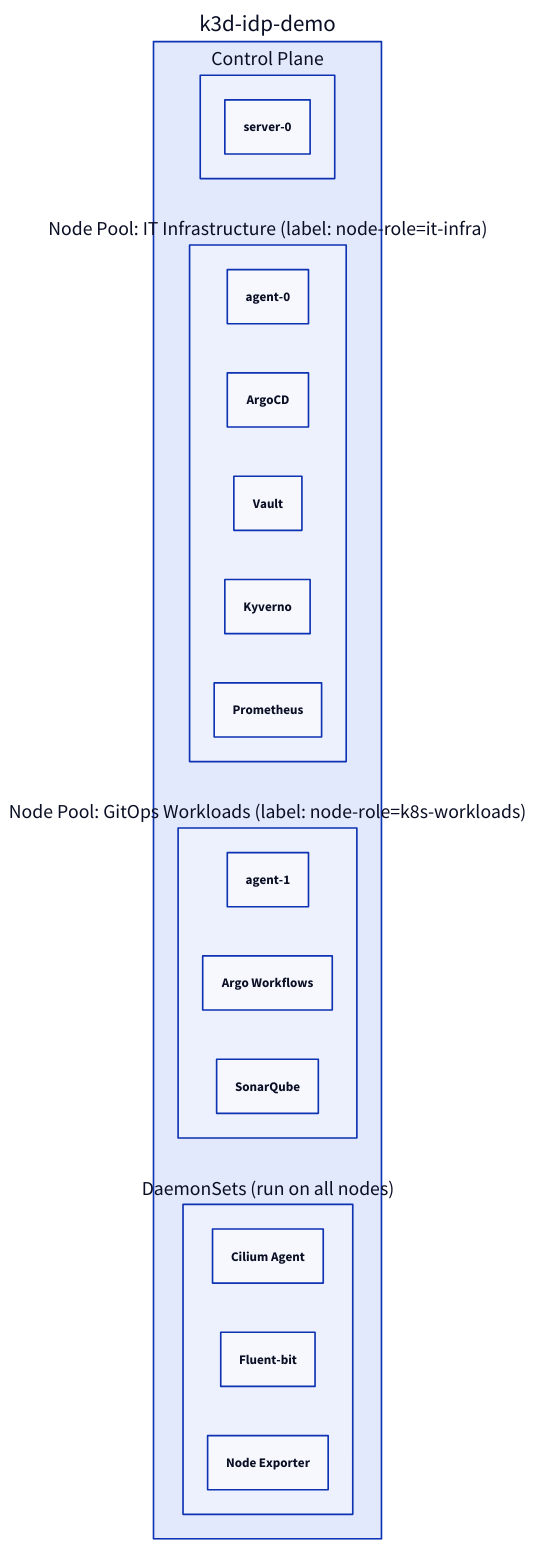
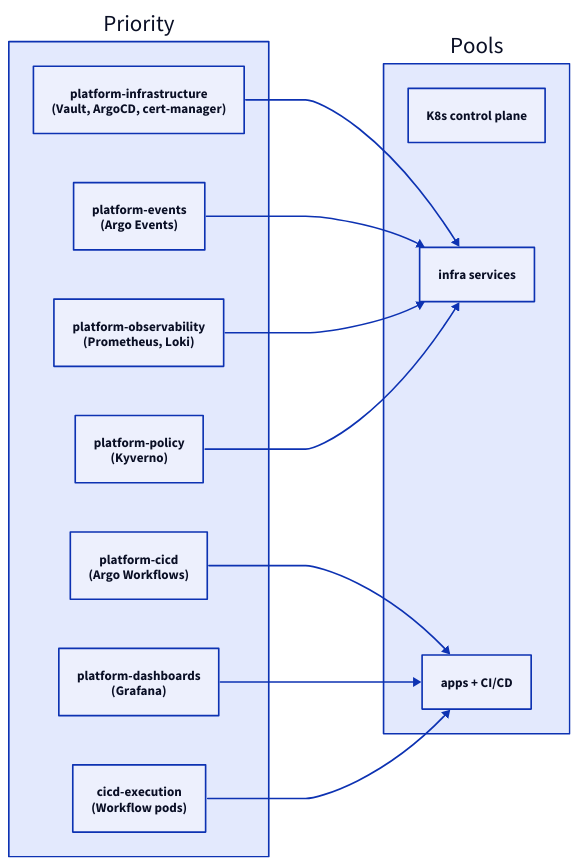
The diagram in Docs/concepts/scheduling-nodepools.md (rou-cru/idp-blueprint), drawn with D2 before and after one commit. The commit also changed other lines of this file and 78 other files, not shown here.

Commit message:
docs: restructure architecture and operations

````diff
--- a/Docs/concepts/scheduling-nodepools.md
+++ b/Docs/concepts/scheduling-nodepools.md
@@ -14,35 +7,27 @@
 ```d2
 direction: right
 
-Cluster: {
-  label: "k3d-idp-demo"
+Priority: {
+  Infra: "platform-infrastructure\n(Vault, ArgoCD, cert-manager)"
+  Events: "platform-events\n(Argo Events)"
+  Observ: "platform-observability\n(Prometheus, Loki)"
+  Policy: "platform-policy\n(Kyverno)"
+  CICD: "platform-cicd\n(Argo Workflows)"
+  Dash: "platform-dashboards\n(Grafana)"
+  Exec: "cicd-execution\n(Workflow pods)"
+}
 
-  ControlPlane: {
-    label: "Control Plane"
-    node: "server-0"
-  }
+Pools: {
+  ControlPlane: "K8s control plane"
+  InfraNodes: "infra services"
+  WorkloadNodes: "apps + CI/CD"
+}
 
-  InfraPool: {
-    label: "Node Pool: IT Infrastructure (label: node-role=it-infra)"
-    node: "agent-0"
-    ArgoCD
-    Vault
-    Kyverno
-    Prometheus
-  }
-
-  WorkloadPool: {
-    label: "Node Pool: GitOps Workloads (label: node-role=k8s-workloads)"
-    node: "agent-1"
-    ArgoWorkflows: "Argo Workflows"
-    SonarQube
-  }
-
-  DaemonSets: {
-    label: "DaemonSets (run on all nodes)"
-    Cilium: "Cilium Agent"
-    FluentBit: "Fluent-bit"
-    NodeExporter: "Node Exporter"
-  }
-}
+Priority.Infra -> Pools.InfraNodes
+Priority.Events -> Pools.InfraNodes
+Priority.Observ -> Pools.InfraNodes
+Priority.Policy -> Pools.InfraNodes
+Priority.CICD -> Pools.WorkloadNodes
+Priority.Dash -> Pools.WorkloadNodes
+Priority.Exec -> Pools.WorkloadNodes
 ```
````
